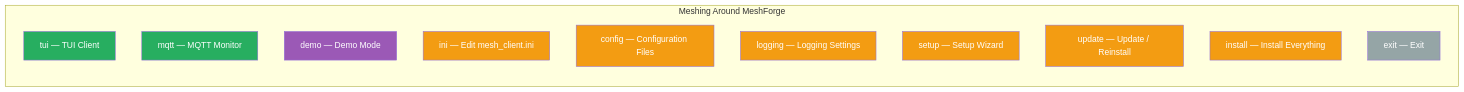
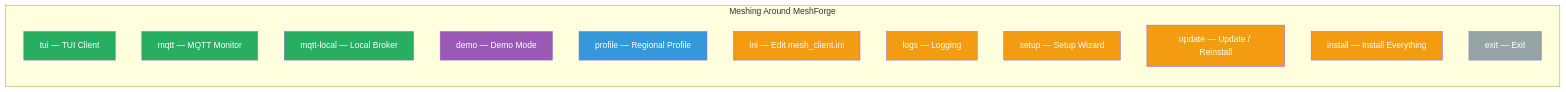
Before and after one commit to Nursedude/meshing_around_meshforge: the third of 5 diagrams in README.md, drawn with Mermaid. The commit also changed other lines of this file, not shown here.

````diff
--- a/README.md
+++ b/README.md
@@ -252,26 +260,28 @@
 ```mermaid
 graph LR
     subgraph "Meshing Around MeshForge"
         TUI["tui — TUI Client"]
         MQTT["mqtt — MQTT Monitor"]
+        MQTTL["mqtt-local — Local Broker"]
         DEMO["demo — Demo Mode"]
+        PROFILE["profile — Regional Profile"]
         INI["ini — Edit mesh_client.ini"]
-        CONFIG["config — Configuration Files"]
-        LOG["logging — Logging Settings"]
+        LOG["logs — Logging"]
         SETUP["setup — Setup Wizard"]
         UPDATE["update — Update / Reinstall"]
         INSTALL["install — Install Everything"]
         EXIT["exit — Exit"]
     end
 
     style TUI fill:#27ae60,color:#fff
     style MQTT fill:#27ae60,color:#fff
+    style MQTTL fill:#27ae60,color:#fff
     style DEMO fill:#9b59b6,color:#fff
+    style PROFILE fill:#3498db,color:#fff
     style INI fill:#f39c12,color:#fff
-    style CONFIG fill:#f39c12,color:#fff
     style LOG fill:#f39c12,color:#fff
     style SETUP fill:#f39c12,color:#fff
     style UPDATE fill:#f39c12,color:#fff
     style INSTALL fill:#f39c12,color:#fff
     style EXIT fill:#95a5a6,color:#fff
 ```
````
